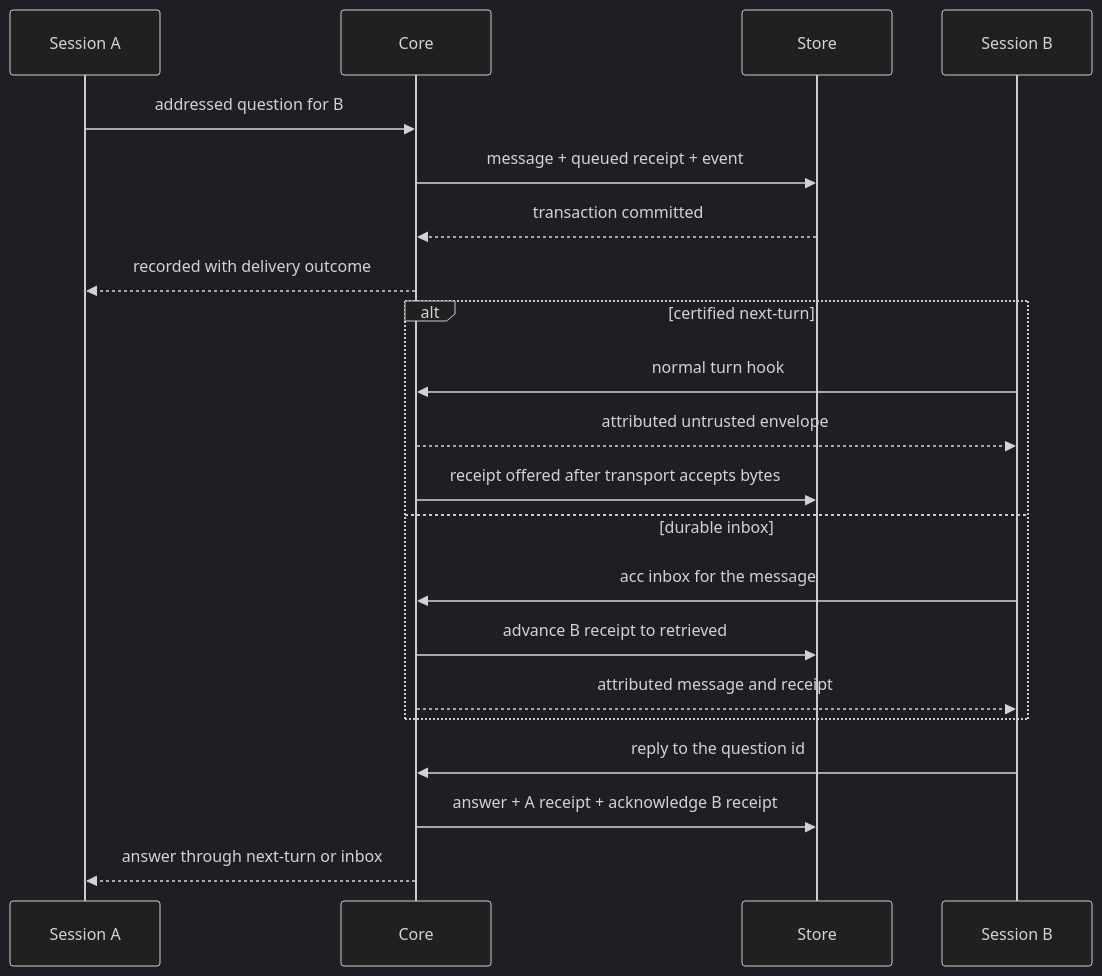
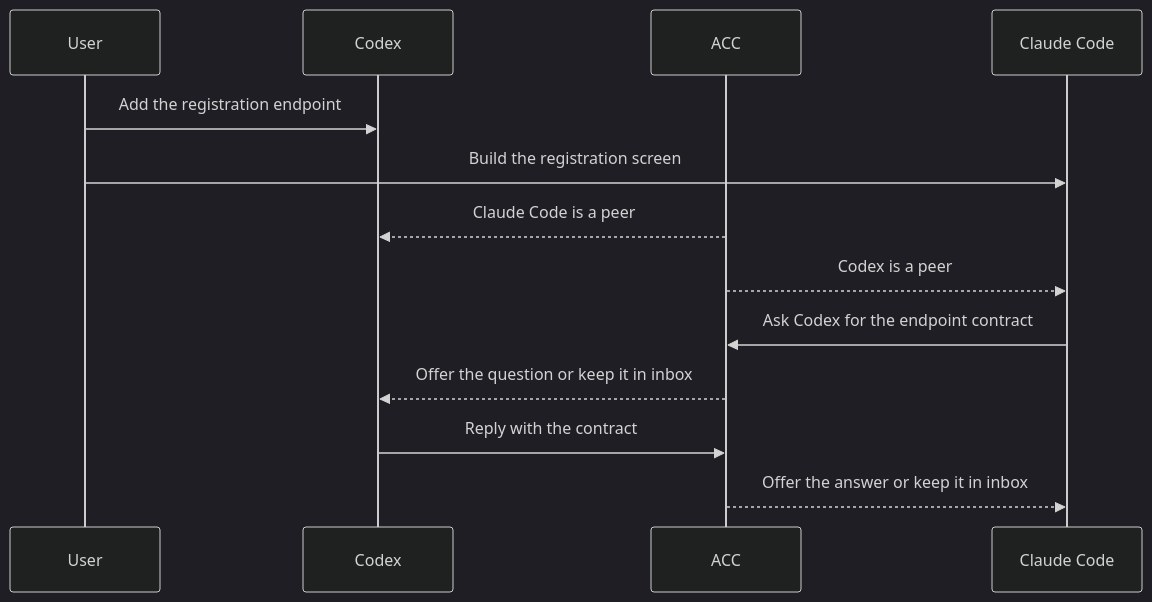
The diagram in docs/HOW_IT_WORKS.md (automatis-tools/agents-can-communicate), drawn with Mermaid (dark theme) before and after one commit. The commit also changed other lines of this file and 12 other files, not shown here.

````diff
--- a/docs/HOW_IT_WORKS.md
+++ b/docs/HOW_IT_WORKS.md
@@ -156,23 +11,15 @@
 ```mermaid
 sequenceDiagram
-  participant A as Session A
-  participant Core
-  participant Store
-  participant B as Session B
-  A->>Core: addressed question for B
-  Core->>Store: message + queued receipt + event
-  Store-->>Core: transaction committed
-  Core-->>A: recorded with delivery outcome
-  alt certified next-turn
-    B->>Core: normal turn hook
-    Core-->>B: attributed untrusted envelope
-    Core->>Store: receipt offered after transport accepts bytes
-  else durable inbox
-    B->>Core: acc inbox for the message
-    Core->>Store: advance B receipt to retrieved
-    Core-->>B: attributed message and receipt
-  end
-  B->>Core: reply to the question id
-  Core->>Store: answer + A receipt + acknowledge B receipt
-  Core-->>A: answer through next-turn or inbox
+  participant U as User
+  participant C as Codex
+  participant ACC
+  participant A as Claude Code
+  U->>C: Add the registration endpoint
+  U->>A: Build the registration screen
+  ACC-->>C: Claude Code is a peer
+  ACC-->>A: Codex is a peer
+  A->>ACC: Ask Codex for the endpoint contract
+  ACC-->>C: Offer the question or keep it in inbox
+  C->>ACC: Reply with the contract
+  ACC-->>A: Offer the answer or keep it in inbox
 ```
````
